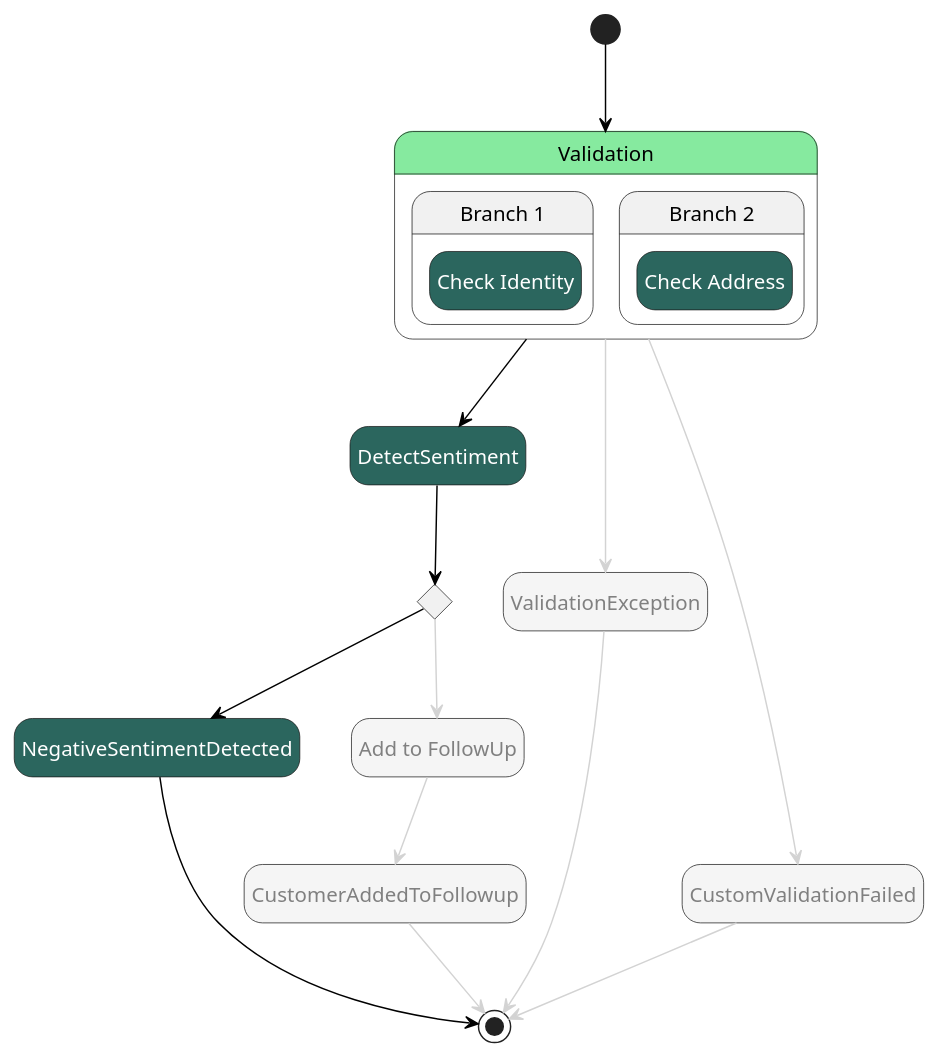
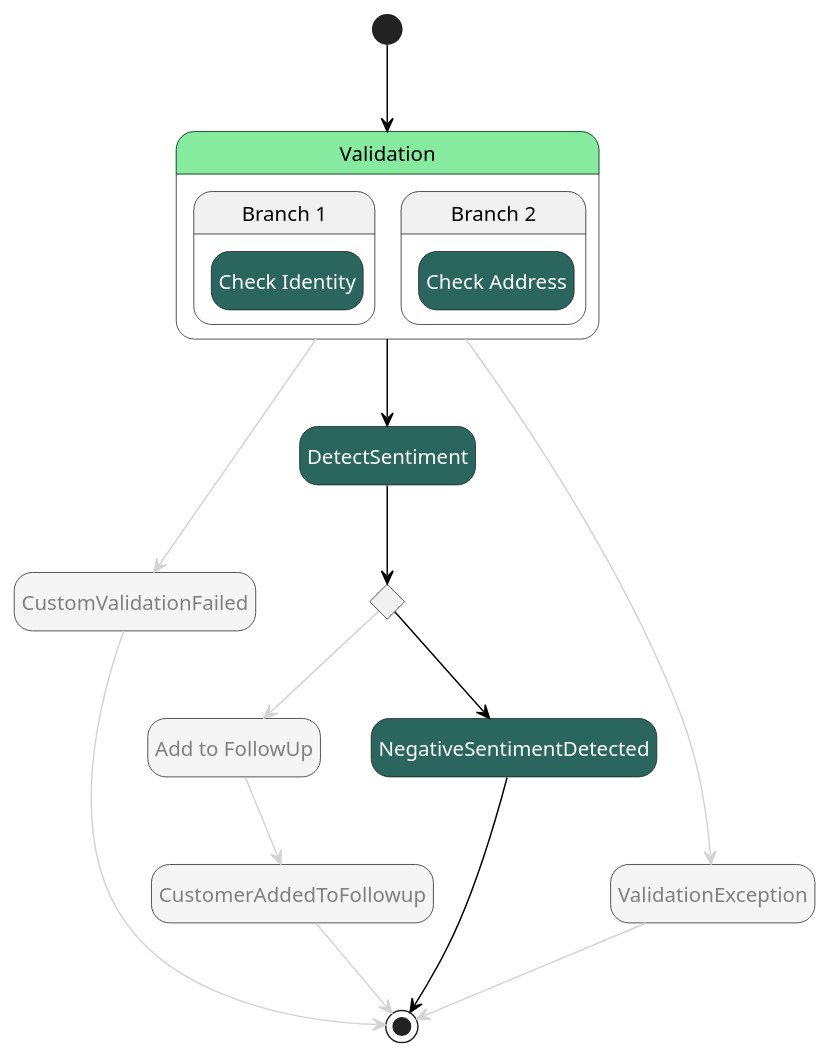
Before and after one commit to massfords/asl-mock: the diagram in src/example-crm/.asl-puml/NegativeSentimentTest.puml, drawn with PlantUML. The commit also changed other lines of this file and 6 other files, not shown here.

```diff
--- a/src/example-crm/.asl-puml/NegativeSentimentTest.puml
+++ b/src/example-crm/.asl-puml/NegativeSentimentTest.puml
@@ -1,56 +1,56 @@
 @startuml
 hide empty description
 skinparam ArrowColor #black
 skinparam state {
 
     BackgroundColor<<Choice>> #whitesmoke
     FontColor<<Choice>> automatic
 
     BackgroundColor<<aslParallel>> #whitesmoke
 
     BackgroundColor<<aslTask>> #lightblue
     FontColor<<aslTask>> automatic
     BackgroundColor<<Compensate>> #orange
     FontColor<<CustomStyle0>> automatic
     BackgroundColor<<CustomStyle0>> #86ea9f
     FontColor<<CustomStyle1>> automatic
     BackgroundColor<<CustomStyle1>> #2b665e
     FontColor<<CustomStyle2>> automatic
     BackgroundColor<<CustomStyle2>> #2b665e
     FontColor<<CustomStyle3>> automatic
     BackgroundColor<<CustomStyle3>> #2b665e
     FontColor<<CustomStyle4>> automatic
     BackgroundColor<<CustomStyle4>> #86ea9f
     FontColor<<CustomStyle5>> automatic
     BackgroundColor<<CustomStyle5>> #2b665e
     FontColor<<CustomStyle6>> gray
     BackgroundColor<<CustomStyle6>> #whitesmoke
 }
+state "Add to FollowUp" as state7<<CustomStyle6>>
+state "CustomValidationFailed" as state6<<CustomStyle6>>
+state "CustomerAddedToFollowup" as state8<<CustomStyle6>>
+state "DetectSentiment" as state2<<CustomStyle3>>
+state "Is Positive \nSentiment?" as state4<<Choice>>
+state "NegativeSentimentDetected" as state5<<CustomStyle5>>
 state "Validation" as state1<<CustomStyle0>> {
 state "Branch 1" as state1_1 {
 state "Check Identity" as state9<<CustomStyle2>>
 }
 state "Branch 2" as state1_2 {
 state "Check Address" as state10<<CustomStyle1>>
 }
 }
-state "DetectSentiment" as state2<<CustomStyle3>>
 state "ValidationException" as state3<<CustomStyle6>>
-state "Is Positive \nSentiment?" as state4<<Choice>>
-state "NegativeSentimentDetected" as state5<<CustomStyle5>>
-state "CustomValidationFailed" as state6<<CustomStyle6>>
-state "Add to FollowUp" as state7<<CustomStyle6>>
-state "CustomerAddedToFollowup" as state8<<CustomStyle6>>
 [*] --> state1
 state1 --> state2
 state1 -[#lightgray]-> state6
 state1 -[#lightgray]-> state3
 state2 --> state4
 state3 -[#lightgray]-> [*]
 state4 -[#lightgray]-> state7
 state4 --> state5
 state5 --> [*]
 state6 -[#lightgray]-> [*]
 state7 -[#lightgray]-> state8
 state8 -[#lightgray]-> [*]
 @enduml
```
